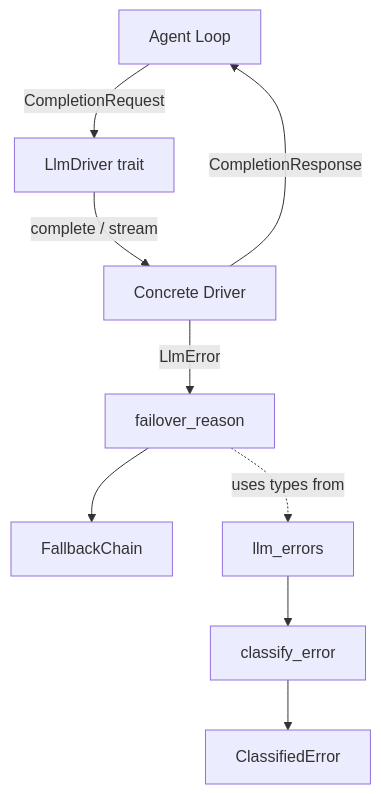
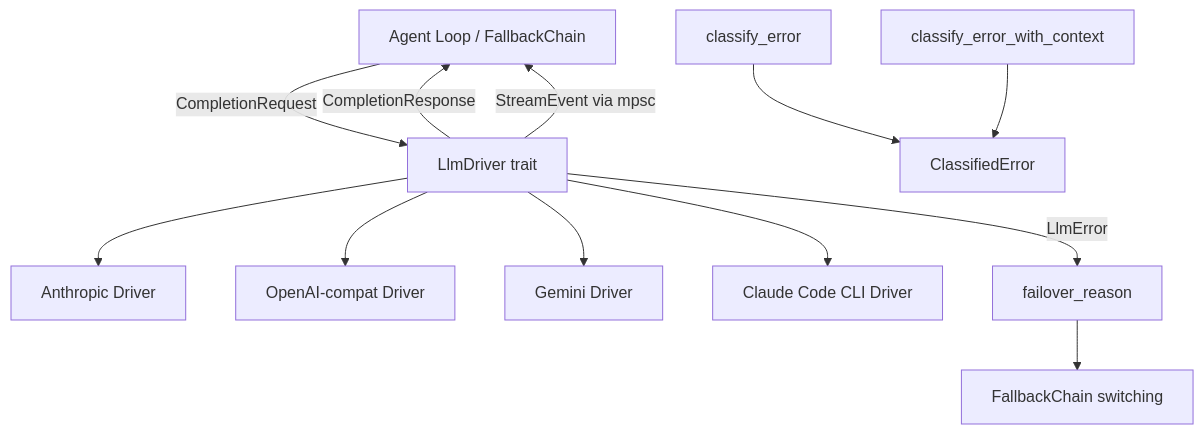
The diagram in llm-drivers-librefang-llm-driver-src.md (leszek3737/librefang-WIki), drawn with Mermaid before and after one commit. The commit also changed other lines of this file and 70 other files, not shown here.

````diff
--- a/llm-drivers-librefang-llm-driver-src.md
+++ b/llm-drivers-librefang-llm-driver-src.md
@@ -9,11 +9,14 @@
 ```mermaid
 graph TD
-    A[Agent Loop] -->|CompletionRequest| B[LlmDriver trait]
-    B -->|complete / stream| C[Concrete Driver]
-    C -->|LlmError| D[failover_reason]
-    D --> E[FallbackChain]
-    C -->|CompletionResponse| A
-    F[llm_errors] --> G[classify_error]
-    G --> H[ClassifiedError]
-    D -.->|uses types from| F
+    Caller["Agent Loop / FallbackChain"] -->|CompletionRequest| LD[LlmDriver trait]
+    LD -->|CompletionResponse| Caller
+    LD -->|StreamEvent via mpsc| Caller
+    LD --> C1[Anthropic Driver]
+    LD --> C2[OpenAI-compat Driver]
+    LD --> C3[Gemini Driver]
+    LD --> C4[Claude Code CLI Driver]
+    LD -->|LlmError| FR[failover_reason]
+    FR --> FBC[FallbackChain switching]
+    LE[classify_error] --> CE[ClassifiedError]
+    LE2[classify_error_with_context] --> CE
 ```
````
